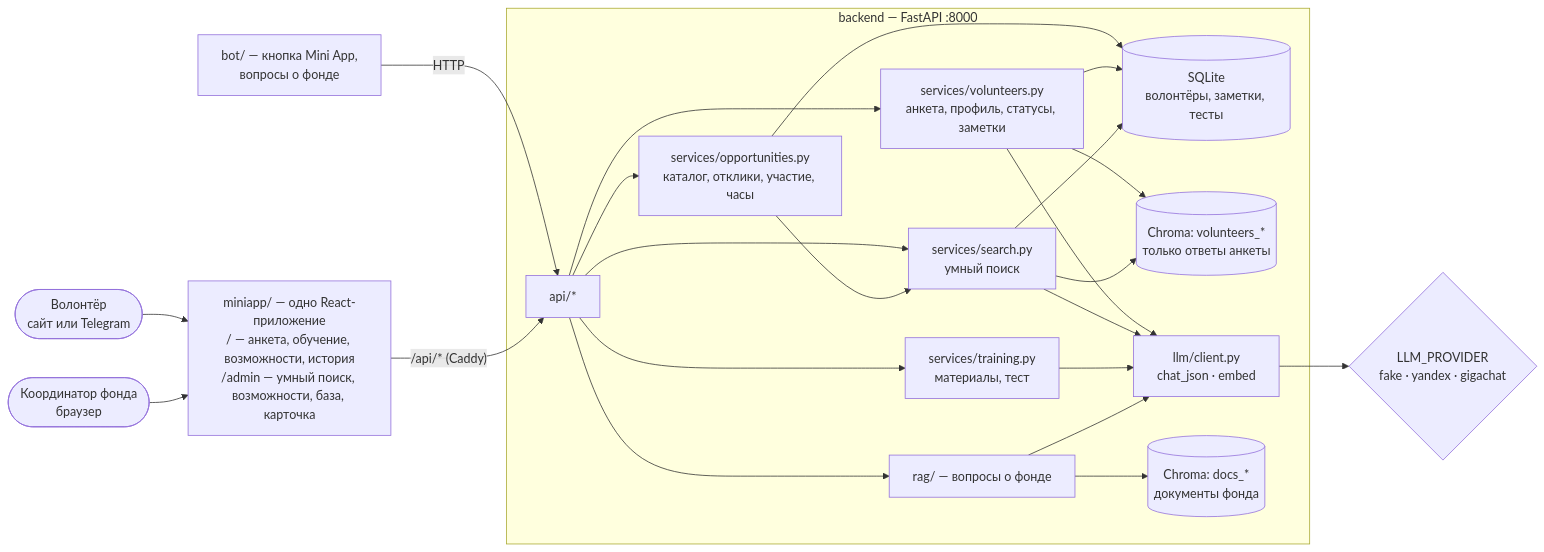
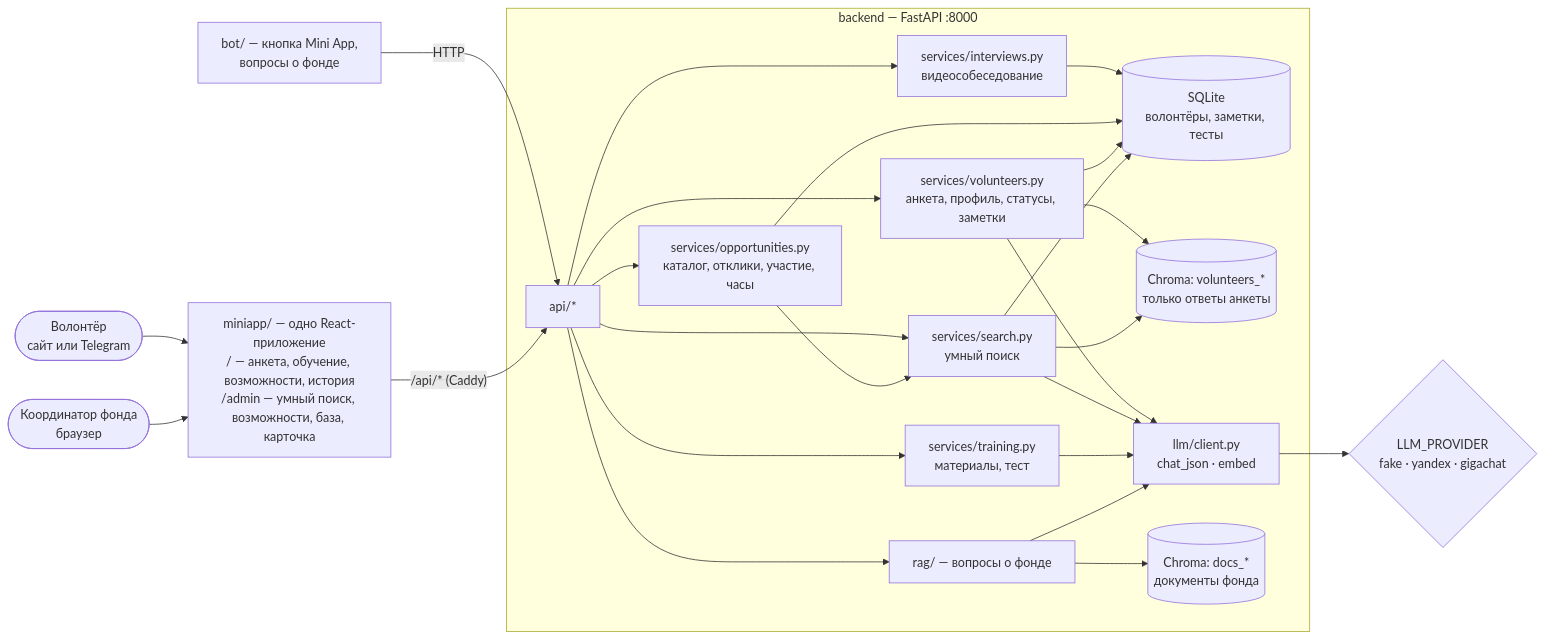
One commit to fry-alt/kod-so-smyslom-2 changed the first of 2 diagrams in docs/ARCHITECTURE.md. Above: the diagram before and after it, drawn with Mermaid. The commit also changed other lines of this file and 18 other files, not shown here.

````diff
--- a/docs/ARCHITECTURE.md
+++ b/docs/ARCHITECTURE.md
@@ -9,26 +9,28 @@
 ```mermaid
 flowchart LR
     V([Волонтёр<br/>сайт или Telegram]) --> FE
     K([Координатор фонда<br/>браузер]) --> FE
     FE["miniapp/ — одно React-приложение<br/>/ — анкета, обучение, возможности, история<br/>/admin — умный поиск, возможности, база, карточка"]
     BOT[bot/ — кнопка Mini App,<br/>вопросы о фонде] -- HTTP --> API
     FE -- "/api/* (Caddy)" --> API
 
     subgraph backend [backend — FastAPI :8000]
         API[api/*] --> VOL[services/volunteers.py<br/>анкета, профиль, статусы, заметки]
         API --> SRCH[services/search.py<br/>умный поиск]
         API --> TRN[services/training.py<br/>материалы, тест]
         API --> OPP[services/opportunities.py<br/>каталог, отклики, участие, часы]
+        API --> INT[services/interviews.py<br/>видеособеседование]
+        INT --> DB
         OPP --> DB
         OPP --> SRCH
         API --> RAG[rag/ — вопросы о фонде]
         VOL --> DB[(SQLite<br/>волонтёры, заметки, тесты)]
         VOL --> IDX[(Chroma: volunteers_*<br/>только ответы анкеты)]
         SRCH --> IDX
         SRCH --> DB
         VOL & SRCH & TRN & RAG --> LLM[llm/client.py<br/>chat_json · embed]
         RAG --> DOCS[(Chroma: docs_*<br/>документы фонда)]
     end
 
     LLM --> P{LLM_PROVIDER<br/>fake · yandex · gigachat}
 ```
````
